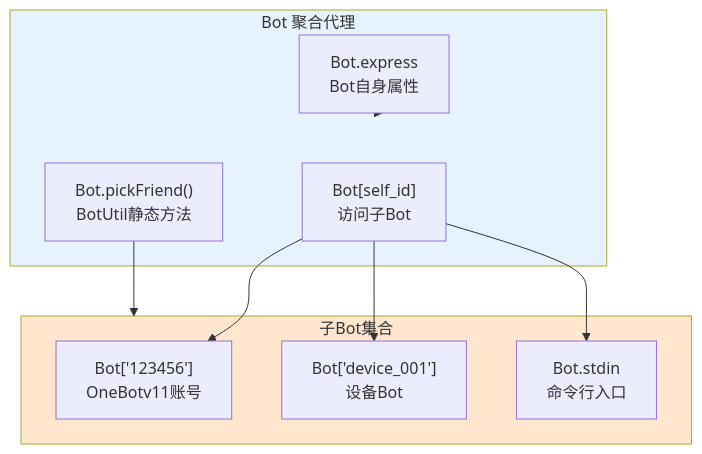
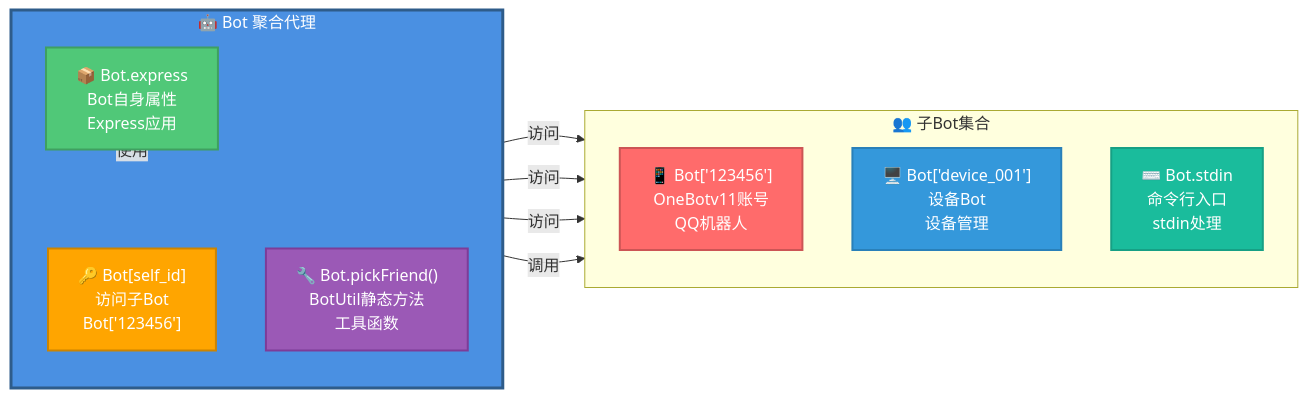
One commit to sunflowermm/XRK-AGT changed the sixth of 12 diagrams in docs/bot.md. Above: the diagram before and after it, drawn with Mermaid. The commit also changed other lines of this file and 9 other files, not shown here.

````diff
--- a/docs/bot.md
+++ b/docs/bot.md
@@ -318,23 +342,30 @@
 ```mermaid
-graph TB
-    subgraph Proxy["Bot 聚合代理"]
-        Access1["Bot[self_id]<br/>访问子Bot"]
-        Access2["Bot.pickFriend()<br/>BotUtil静态方法"]
-        Access3["Bot.express<br/>Bot自身属性"]
+flowchart LR
+    subgraph Proxy["🤖 Bot 聚合代理"]
+        direction TB
+        Access1["🔑 Bot[self_id]<br/>访问子Bot<br/>Bot['123456']"]
+        Access2["🔧 Bot.pickFriend()<br/>BotUtil静态方法<br/>工具函数"]
+        Access3["📦 Bot.express<br/>Bot自身属性<br/>Express应用"]
     end
     
-    subgraph Bots["子Bot集合"]
-        SubBot1["Bot['123456']<br/>OneBotv11账号"]
-        SubBot2["Bot['device_001']<br/>设备Bot"]
-        SubBot3["Bot.stdin<br/>命令行入口"]
+    subgraph Bots["👥 子Bot集合"]
+        direction TB
+        SubBot1["📱 Bot['123456']<br/>OneBotv11账号<br/>QQ机器人"]
+        SubBot2["🖥️ Bot['device_001']<br/>设备Bot<br/>设备管理"]
+        SubBot3["⌨️ Bot.stdin<br/>命令行入口<br/>stdin处理"]
     end
     
-    Access1 --> SubBot1
-    Access1 --> SubBot2
-    Access1 --> SubBot3
-    Access2 --> Bots
-    Access3 --> Proxy
+    Access1 -->|"访问"| SubBot1
+    Access1 -->|"访问"| SubBot2
+    Access1 -->|"访问"| SubBot3
+    Access2 -->|"调用"| Bots
+    Access3 -->|"使用"| Proxy
     
-    style Proxy fill:#E6F3FF
-    style Bots fill:#FFE6CC
+    style Proxy fill:#4A90E2,stroke:#2E5C8A,stroke-width:3px,color:#fff
+    style Access1 fill:#FFA500,stroke:#CC8400,stroke-width:2px,color:#fff
+    style Access2 fill:#9B59B6,stroke:#7D3C98,stroke-width:2px,color:#fff
+    style Access3 fill:#50C878,stroke:#3FA060,stroke-width:2px,color:#fff
+    style SubBot1 fill:#FF6B6B,stroke:#CC5555,stroke-width:2px,color:#fff
+    style SubBot2 fill:#3498DB,stroke:#2980B9,stroke-width:2px,color:#fff
+    style SubBot3 fill:#1ABC9C,stroke:#16A085,stroke-width:2px,color:#fff
 ```
````
